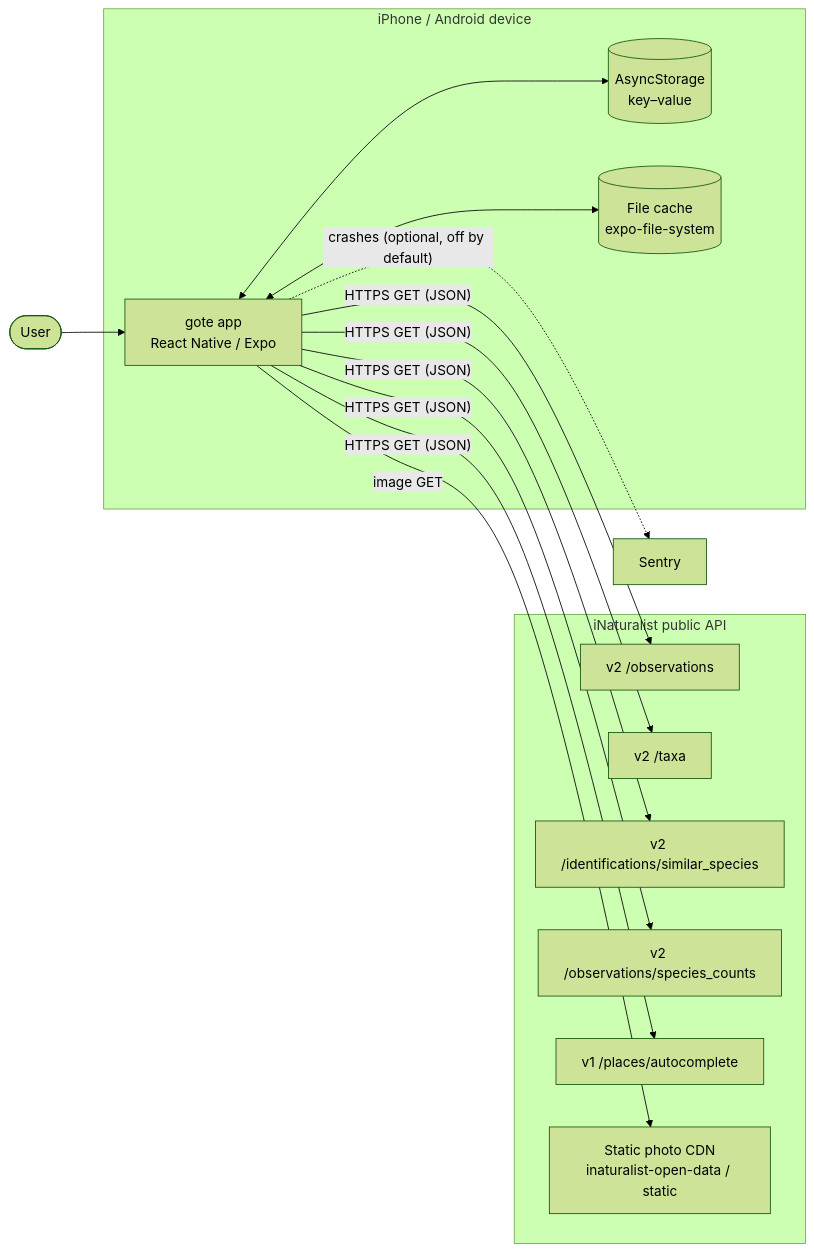
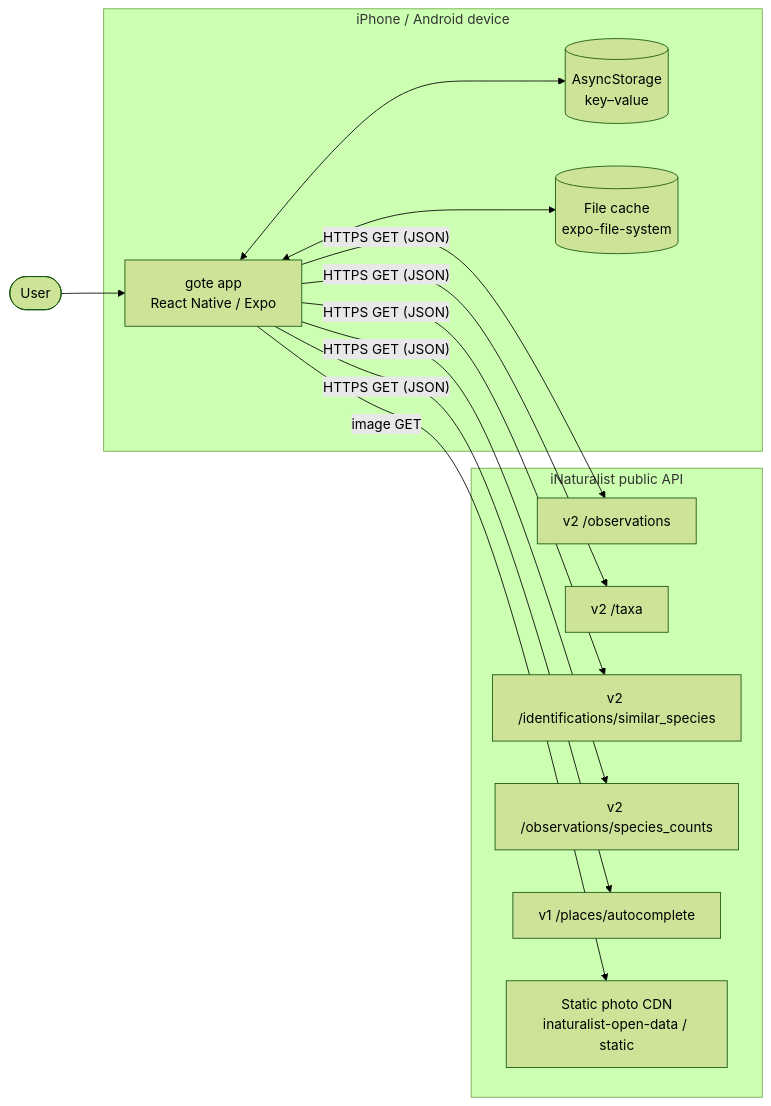
Before and after one commit to turbolya/gote: the first of 7 diagrams in docs/ARCHITECTURE.md, drawn with Mermaid (forest theme). The commit also changed other lines of this file and 8 other files, not shown here.

````diff
--- a/docs/ARCHITECTURE.md
+++ b/docs/ARCHITECTURE.md
@@ -18,25 +18,24 @@
 ```mermaid
 flowchart LR
   user([User]) --> app
 
   subgraph device[iPhone / Android device]
     app[gote app\nReact Native / Expo]
     storage[(AsyncStorage\nkey–value)]
     photos[(File cache\nexpo-file-system)]
     app <--> storage
     app <--> photos
   end
 
   subgraph inat[iNaturalist public API]
     v2obs[v2 /observations]
     v2tax[v2 /taxa]
     v2sim[v2 /identifications/similar_species]
     v2cnt[v2 /observations/species_counts]
     v1pl[v1 /places/autocomplete]
     cdn[Static photo CDN\ninaturalist-open-data / static]
   end
 
   app -- HTTPS GET (JSON) --> v2obs & v2tax & v2sim & v2cnt & v1pl
   app -- image GET --> cdn
-  app -. crashes (optional, off by default) .-> sentry[Sentry]
 ```
````
